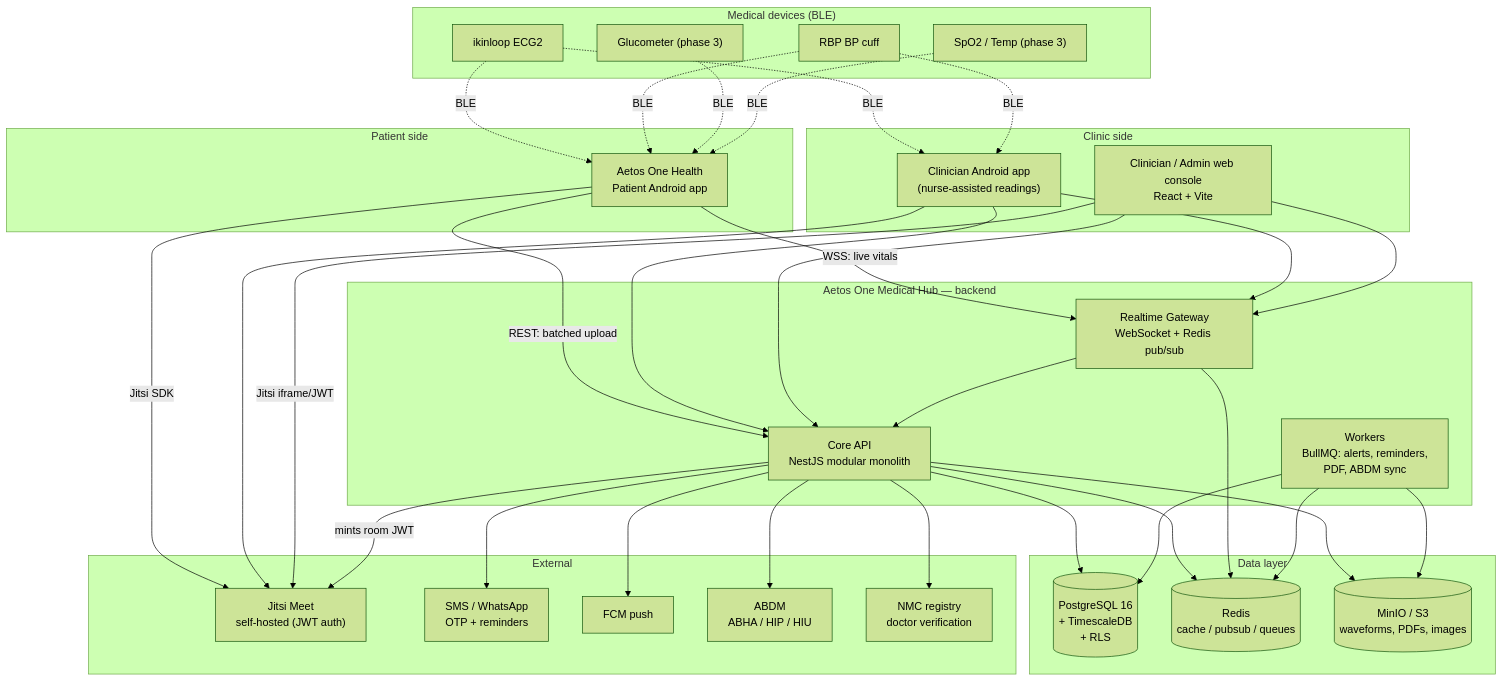
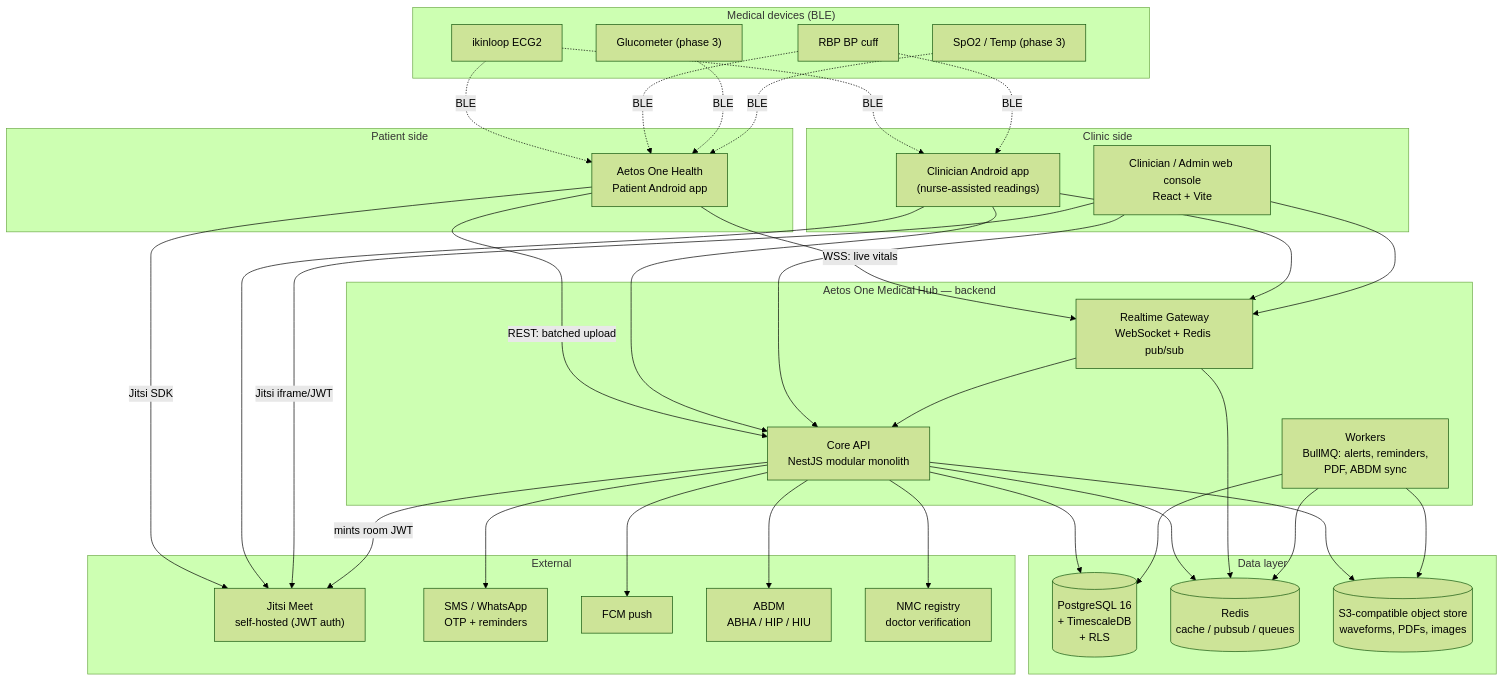
The first of 7 diagrams in Aetos One Medical Hub/Aetos-One-Medical-Hub-Architecture.md (ramsayusa-git/ai-coworker), drawn with Mermaid (forest theme) before and after one commit. The commit also changed other lines of this file and 31 other files, not shown here.

````diff
--- a/Aetos One Medical Hub/Aetos-One-Medical-Hub-Architecture.md
+++ b/Aetos One Medical Hub/Aetos-One-Medical-Hub-Architecture.md
@@ -77,66 +79,66 @@
 ```mermaid
 flowchart TB
     subgraph Devices["Medical devices (BLE)"]
         ECG["ikinloop ECG2"]
         BP["RBP BP cuff"]
         GLU["Glucometer (phase 3)"]
         SPO2["SpO2 / Temp (phase 3)"]
     end
 
     subgraph Patient["Patient side"]
         PApp["Aetos One Health<br/>Patient Android app"]
     end
 
     subgraph Clinic["Clinic side"]
         NApp["Clinician Android app<br/>(nurse-assisted readings)"]
         Web["Clinician / Admin web console<br/>React + Vite"]
     end
 
     subgraph Platform["Aetos One Medical Hub — backend"]
         API["Core API<br/>NestJS modular monolith"]
         RT["Realtime Gateway<br/>WebSocket + Redis pub/sub"]
         WRK["Workers<br/>BullMQ: alerts, reminders,<br/>PDF, ABDM sync"]
     end
 
     subgraph Data["Data layer"]
         PG[("PostgreSQL 16<br/>+ TimescaleDB<br/>+ RLS")]
         RD[("Redis<br/>cache / pubsub / queues")]
-        OBJ[("MinIO / S3<br/>waveforms, PDFs, images")]
+        OBJ[("S3-compatible object store<br/>waveforms, PDFs, images")]
     end
 
     subgraph Ext["External"]
         JIT["Jitsi Meet<br/>self-hosted (JWT auth)"]
         SMS["SMS / WhatsApp<br/>OTP + reminders"]
         FCM["FCM push"]
         ABDM["ABDM<br/>ABHA / HIP / HIU"]
         NMC["NMC registry<br/>doctor verification"]
     end
 
     ECG & BP & GLU & SPO2 -.BLE.-> PApp
     ECG & BP -.BLE.-> NApp
 
     PApp -->|REST: batched upload| API
     PApp -->|WSS: live vitals| RT
     PApp -->|Jitsi SDK| JIT
     NApp --> API
     NApp --> RT
     NApp --> JIT
     Web --> API
     Web --> RT
     Web -->|Jitsi iframe/JWT| JIT
 
     API --> PG
     API --> RD
     API --> OBJ
     RT --> RD
     RT --> API
     WRK --> PG
     WRK --> RD
     WRK --> OBJ
 
     API --> SMS
     API --> FCM
     API --> ABDM
     API --> NMC
     API -->|mints room JWT| JIT
 ```
````
